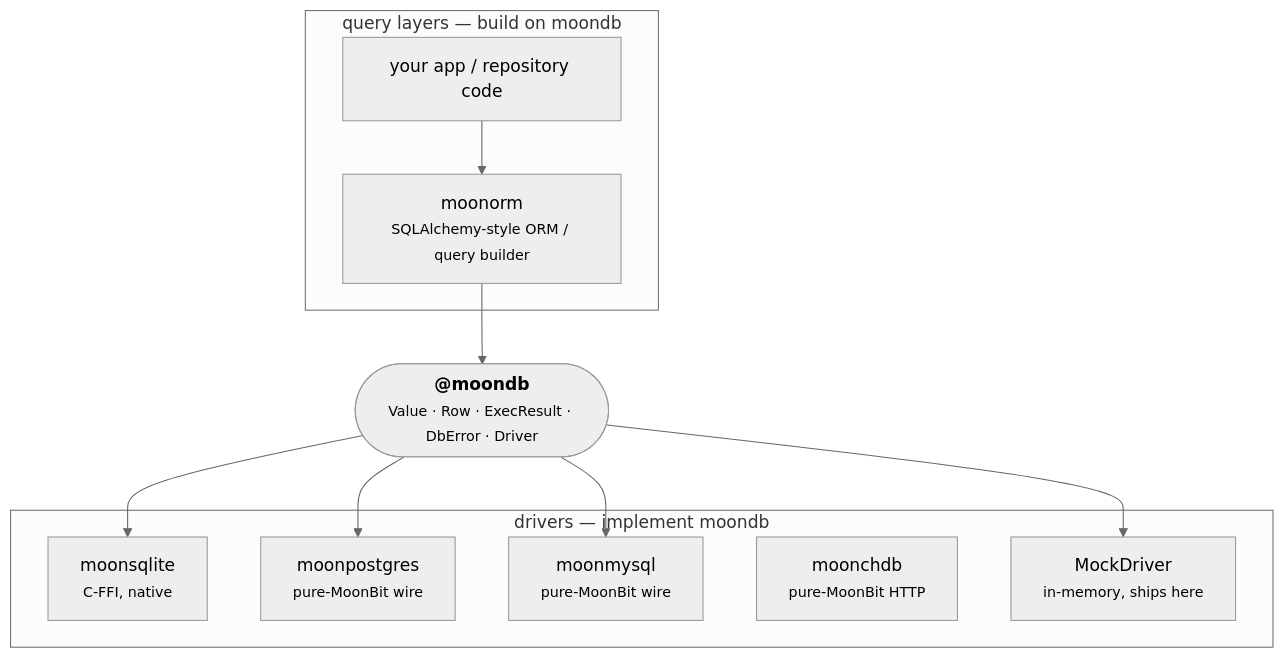
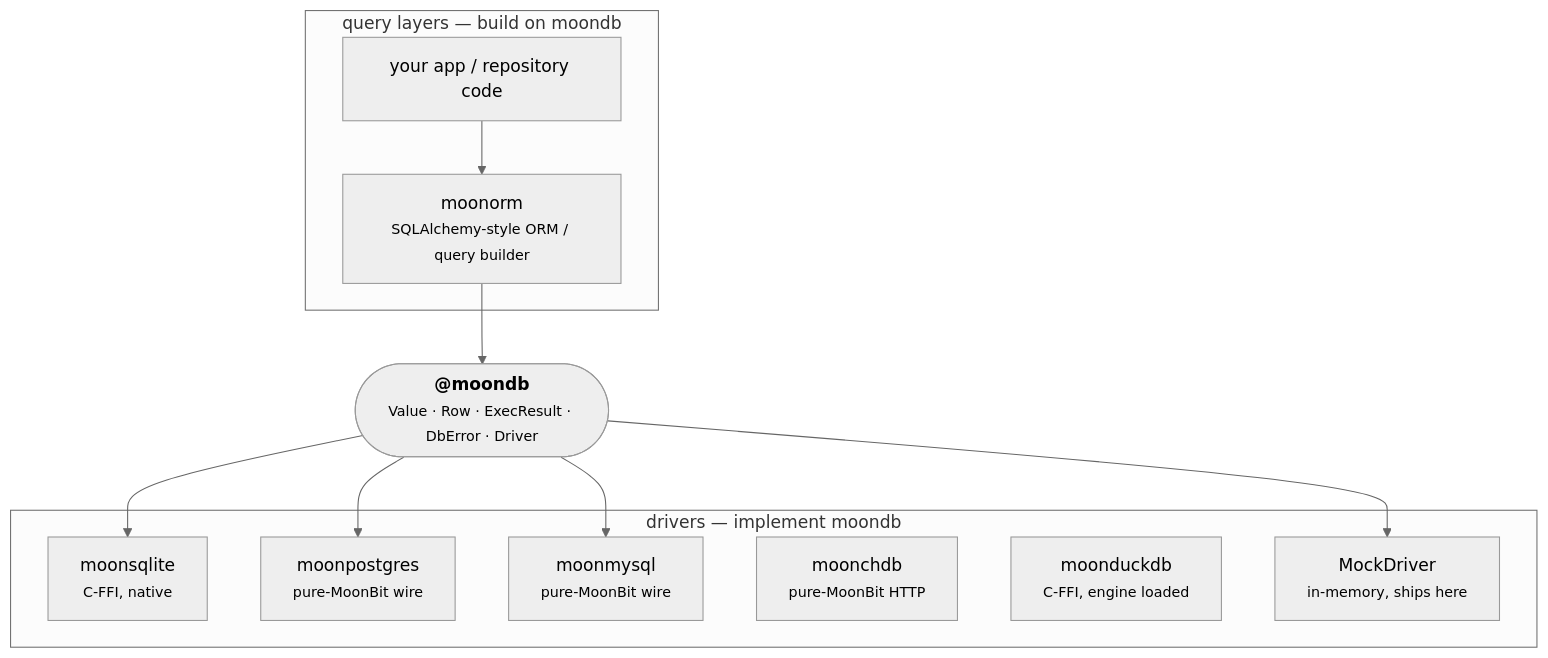
One commit to moonbitstack/moondb changed the diagram in README.md. Above: the diagram before and after it, drawn with Mermaid (neutral theme). The commit also changed other lines of this file and 1 other file, not shown here.

````diff
--- a/README.md
+++ b/README.md
@@ -23,20 +23,21 @@
 ```mermaid
 flowchart TD
     subgraph layers["query layers — build on moondb"]
       ORM["moonorm<br/><small>SQLAlchemy-style ORM / query builder</small>"]
       APP["your app / repository code"]
     end
     IFACE(["<b>@moondb</b><br/><small>Value · Row · ExecResult · DbError · Driver</small>"])
     subgraph drivers["drivers — implement moondb"]
       SQLITE["moonsqlite<br/><small>C-FFI, native</small>"]
       PG["moonpostgres<br/><small>pure-MoonBit wire</small>"]
       MYSQL["moonmysql<br/><small>pure-MoonBit wire</small>"]
       CH["moonchdb<br/><small>pure-MoonBit HTTP</small>"]
+      DUCK["moonduckdb<br/><small>C-FFI, engine loaded</small>"]
       MOCK["MockDriver<br/><small>in-memory, ships here</small>"]
     end
     APP --> ORM --> IFACE
     IFACE --> SQLITE
     IFACE --> PG
     IFACE --> MYSQL
     IFACE --> MOCK
 ```
````
